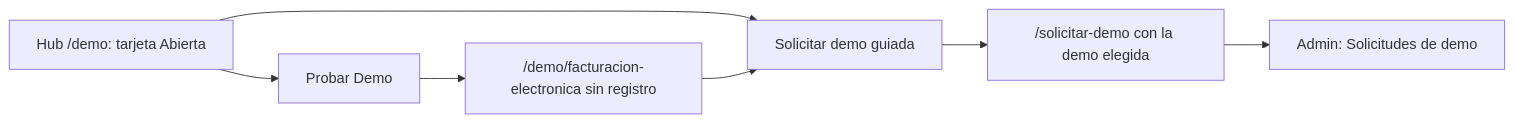
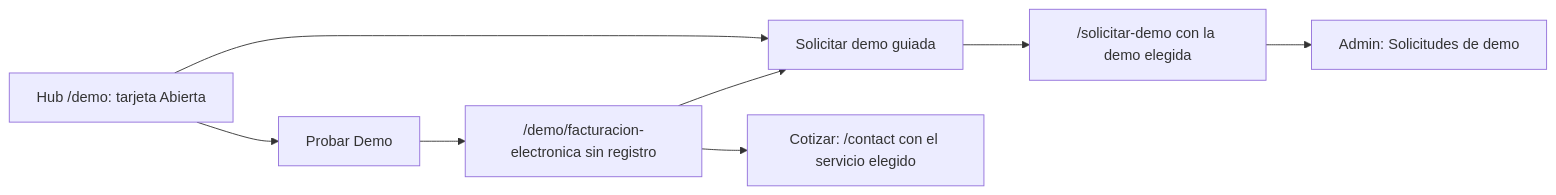
The third of 3 diagrams in docs/wiki/Guia-Demo-facturacion-electronica.md (ronalc90/koptup), drawn with Mermaid before and after one commit. The commit also changed other lines of this file and 37 other files, not shown here.

````diff
--- a/docs/wiki/Guia-Demo-facturacion-electronica.md
+++ b/docs/wiki/Guia-Demo-facturacion-electronica.md
@@ -294,9 +325,10 @@
 ```mermaid
 flowchart LR
     H["Hub /demo: tarjeta Abierta"] --> P["Probar Demo"]
     P --> D["/demo/facturacion-electronica sin registro"]
     H --> G["Solicitar demo guiada"]
     D --> G
+    D --> C["Cotizar: /contact con el servicio elegido"]
     G --> F["/solicitar-demo con la demo elegida"]
     F --> AD["Admin: Solicitudes de demo"]
 ```
````
